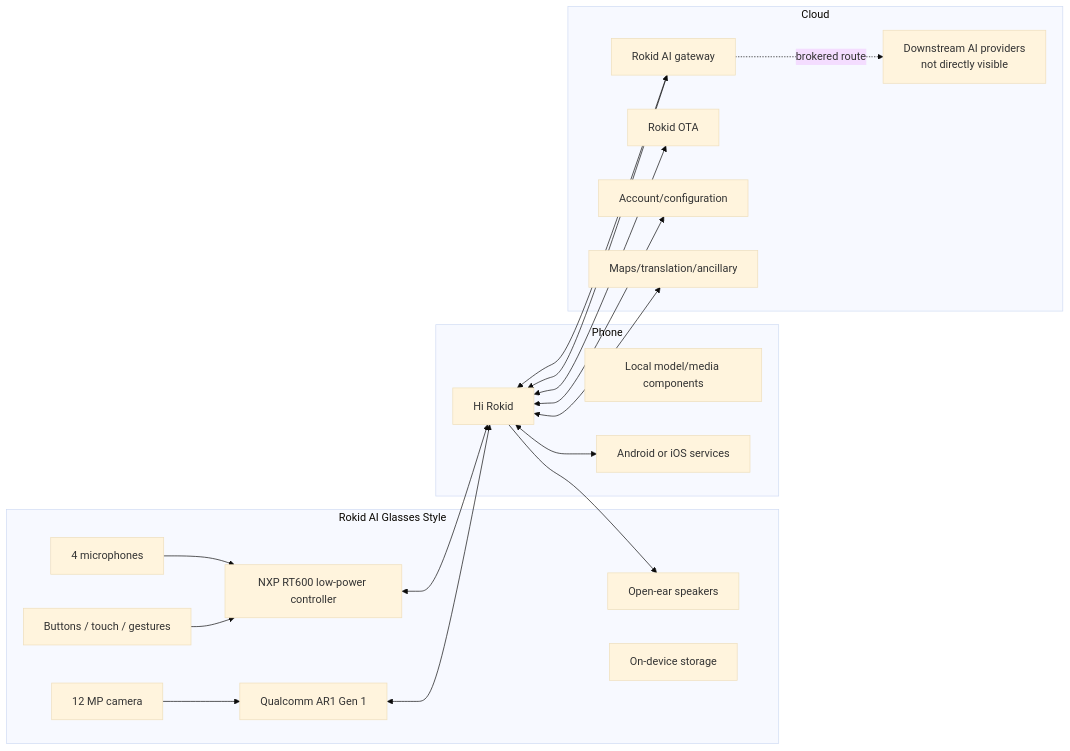
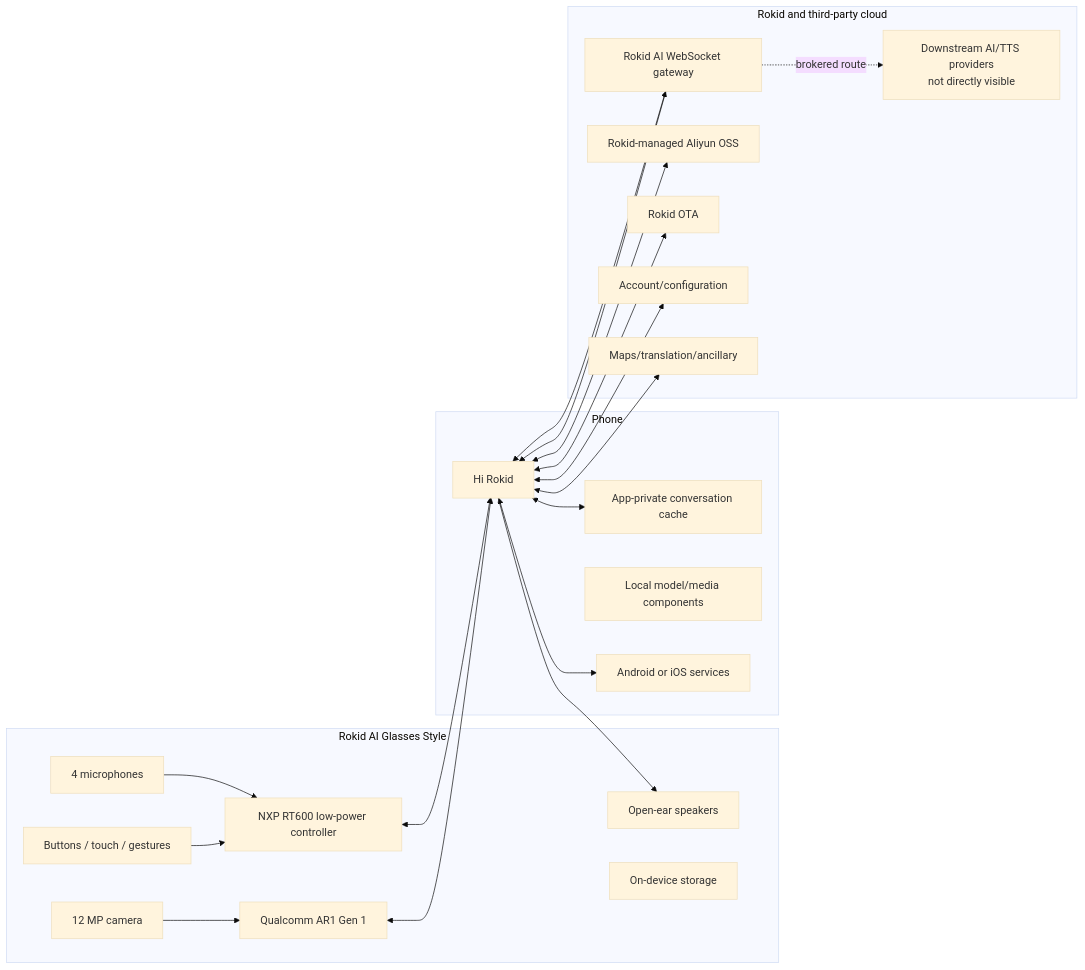
One commit to aimindseye/rokid-ai-glasses changed the first of 4 diagrams in docs/architecture/non-display-system-architecture.md. Above: the diagram before and after it, drawn with Mermaid (base theme). The commit also changed other lines of this file and 15 other files, not shown here.

Commit message:
docs: publish Test 15 visual AI architecture

````diff
--- a/docs/architecture/non-display-system-architecture.md
+++ b/docs/architecture/non-display-system-architecture.md
@@ -11,40 +19,44 @@
 ```mermaid
 flowchart LR
     subgraph G["Rokid AI Glasses Style"]
         MIC["4 microphones"]
         CAM["12 MP camera"]
         SPK["Open-ear speakers"]
         CTRL["Buttons / touch / gestures"]
         LP["NXP RT600 low-power controller"]
         AR1["Qualcomm AR1 Gen 1"]
         STORE["On-device storage"]
     end
 
     subgraph P["Phone"]
         HR["Hi Rokid"]
+        CACHE["App-private conversation cache"]
         LOCAL["Local model/media components"]
         OS["Android or iOS services"]
     end
 
-    subgraph C["Cloud"]
-        AI["Rokid AI gateway"]
+    subgraph C["Rokid and third-party cloud"]
+        AI["Rokid AI WebSocket gateway"]
+        OBJ["Rokid-managed Aliyun OSS"]
         OTA["Rokid OTA"]
         ACCT["Account/configuration"]
         MAPS["Maps/translation/ancillary"]
-        UP["Downstream AI providers\nnot directly visible"]
+        UP["Downstream AI/TTS providers\nnot directly visible"]
     end
 
     MIC --> LP
     CTRL --> LP
     CAM --> AR1
     LP <--> HR
     AR1 <--> HR
     HR <--> OS
+    HR <--> CACHE
     HR <--> AI
+    HR <--> OBJ
     HR <--> OTA
     HR <--> ACCT
     HR <--> MAPS
     AI -. brokered route .-> UP
     AI --> HR
     HR --> SPK
 ```
````
